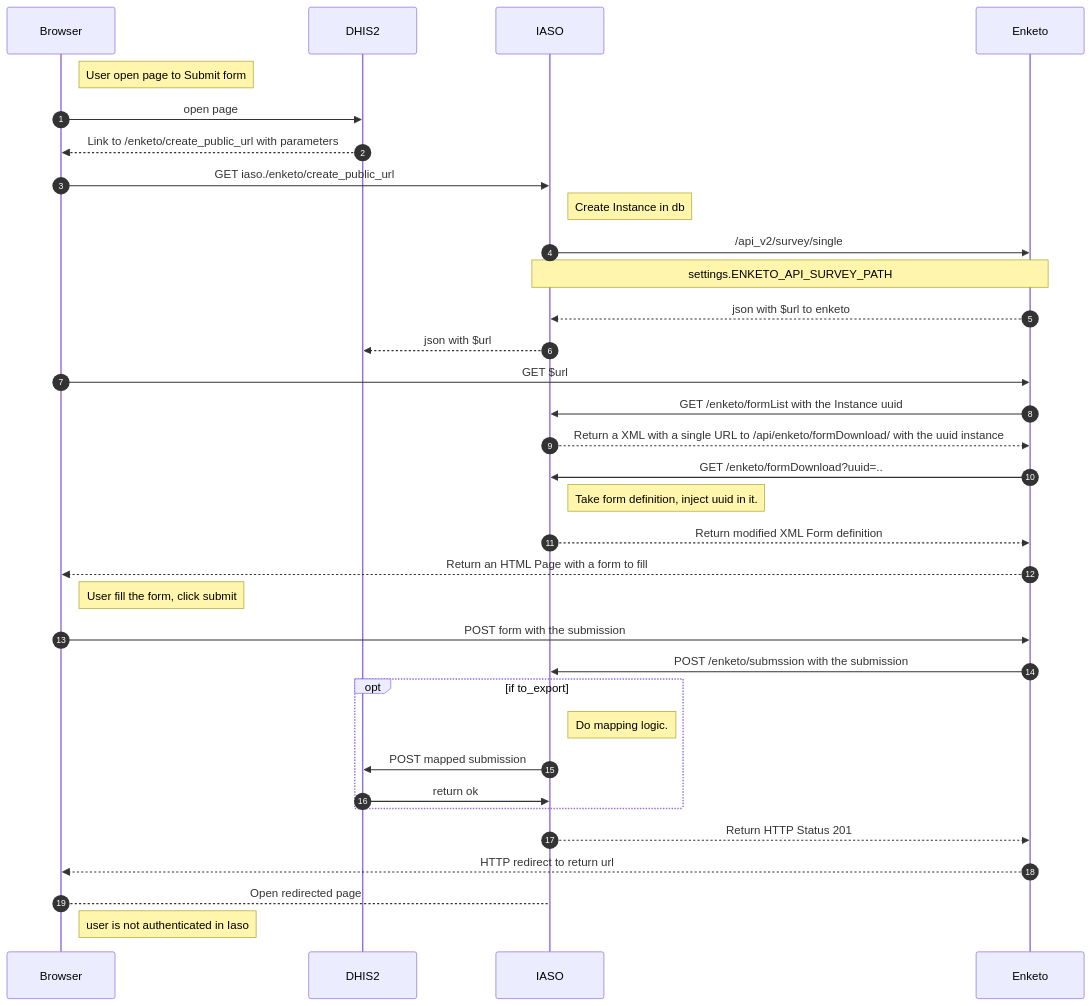
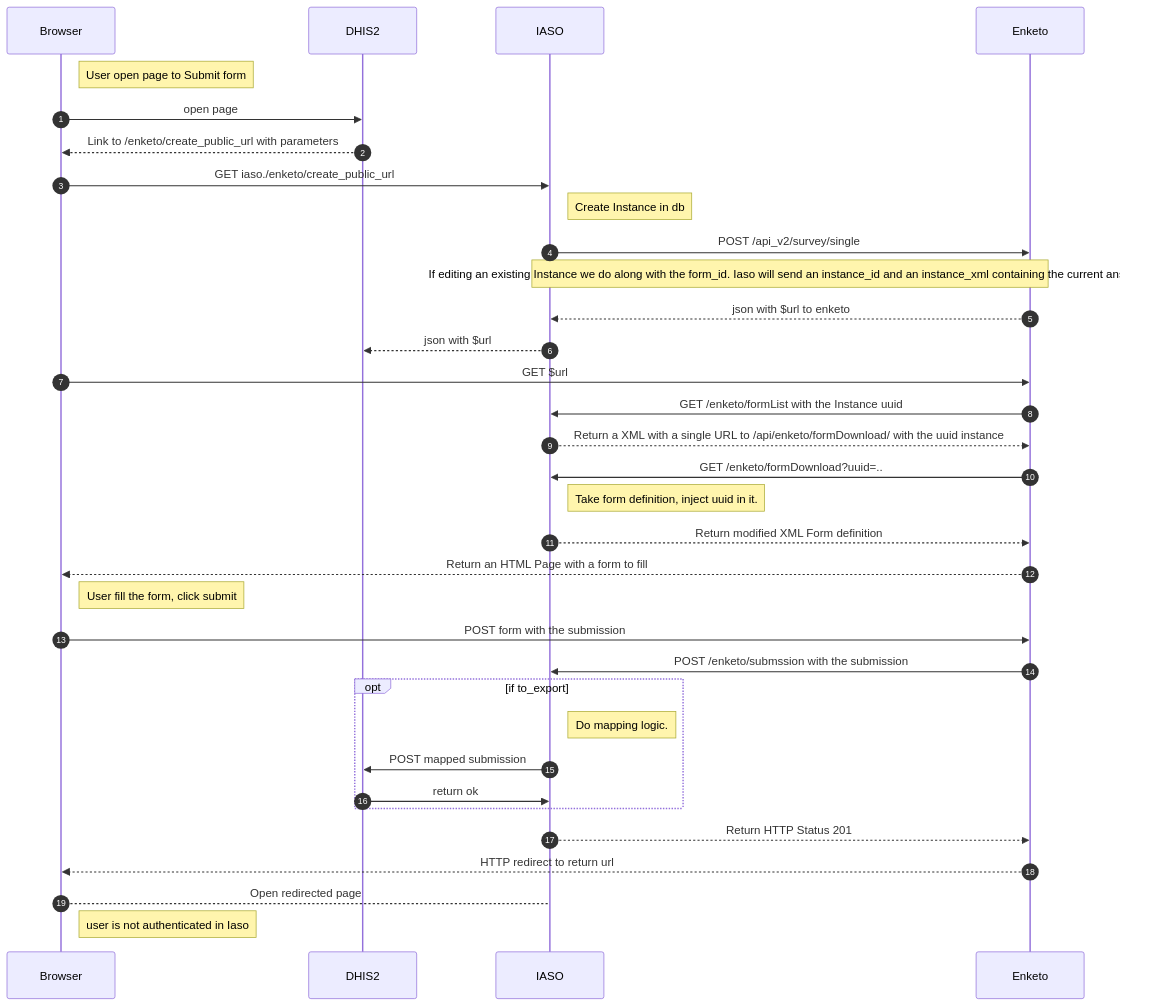
Before and after one commit to BLSQ/iaso: the diagram in iaso/enketo/README.md, drawn with Mermaid. The commit also changed other lines of this file and 2 other files, not shown here.

````diff
--- a/iaso/enketo/README.md
+++ b/iaso/enketo/README.md
@@ -34,37 +67,37 @@
 ```mermaid
 sequenceDiagram
     autonumber
     Note right of Browser: User open page to Submit form
     Browser->>DHIS2: open page
     DHIS2 -->> Browser: Link to /enketo/create_public_url with parameters
     Browser ->> IASO: GET iaso./enketo/create_public_url
     Note right of IASO: Create Instance in db
-    IASO ->> Enketo: /api_v2/survey/single
-    Note over IASO,Enketo:settings.ENKETO_API_SURVEY_PATH
+    IASO ->> Enketo: POST /api_v2/survey/single
+    Note over IASO,Enketo:If editing an existing Instance we do along with the form_id. Iaso will send an instance_id and an instance_xml containing the current answers.
 
     Enketo -->> IASO: json with $url to enketo
     IASO -->> DHIS2: json with $url
     Browser ->> Enketo: GET $url
     Enketo ->> IASO: GET /enketo/formList with the Instance uuid
     IASO -->> Enketo: Return a XML with a single URL to /api/enketo/formDownload/ with the uuid instance
     Enketo ->> IASO: GET /enketo/formDownload?uuid=..
     Note right of IASO: Take form definition, inject uuid in it.
     IASO -->> Enketo: Return modified XML Form definition
     Enketo -->> Browser: Return an HTML Page with a form to fill
     Note right of Browser: User fill the form, click submit
     Browser ->> Enketo: POST form with the submission
     Enketo ->> IASO: POST /enketo/submssion with the submission
 
     opt if to_export
         Note right of IASO: Do mapping logic.
         IASO ->> DHIS2: POST mapped submission
         DHIS2 ->> IASO: return ok
         # if the instance fail to export we still save it in the Iaso database
         # to be exported later
     end
     IASO -->> Enketo: Return HTTP Status 201
     Enketo -->> Browser: HTTP redirect to return url
     # Return url is either passed at start of process or new submission page in iaso
     Browser --> IASO: Open redirected page
     Note right of Browser:  user is not authenticated in Iaso
  ```                                                       
````
